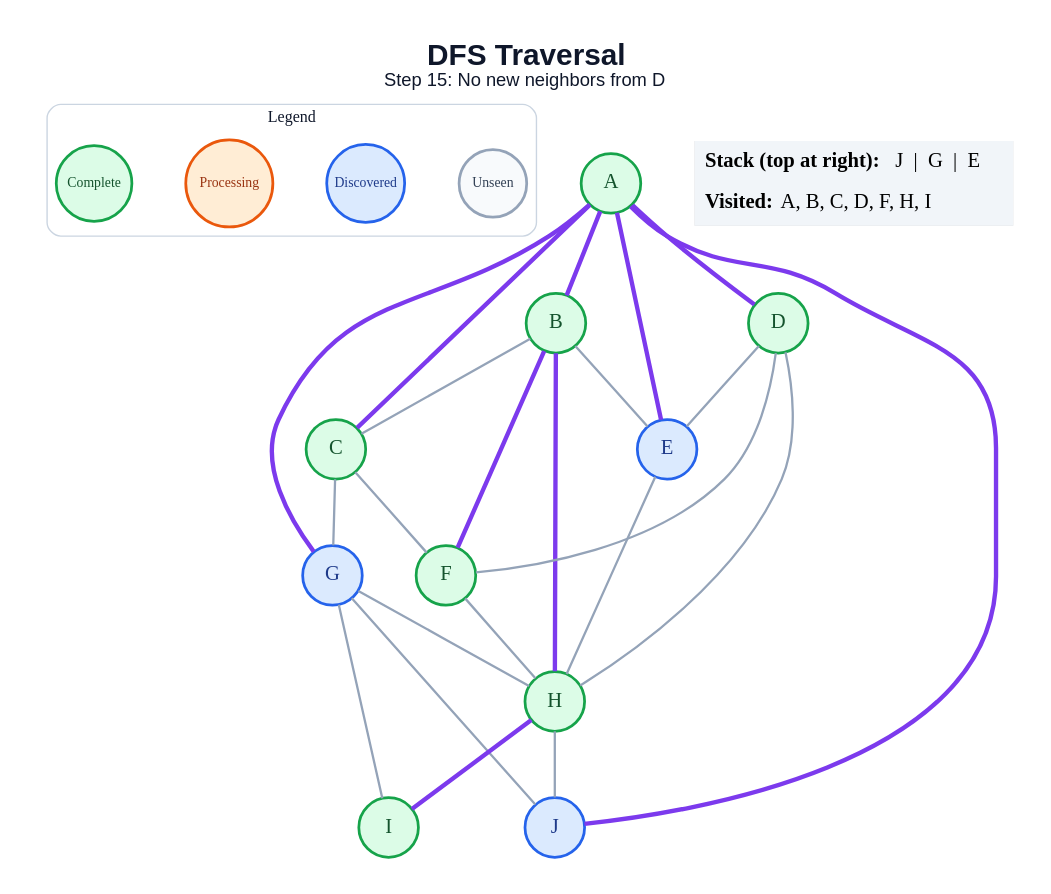
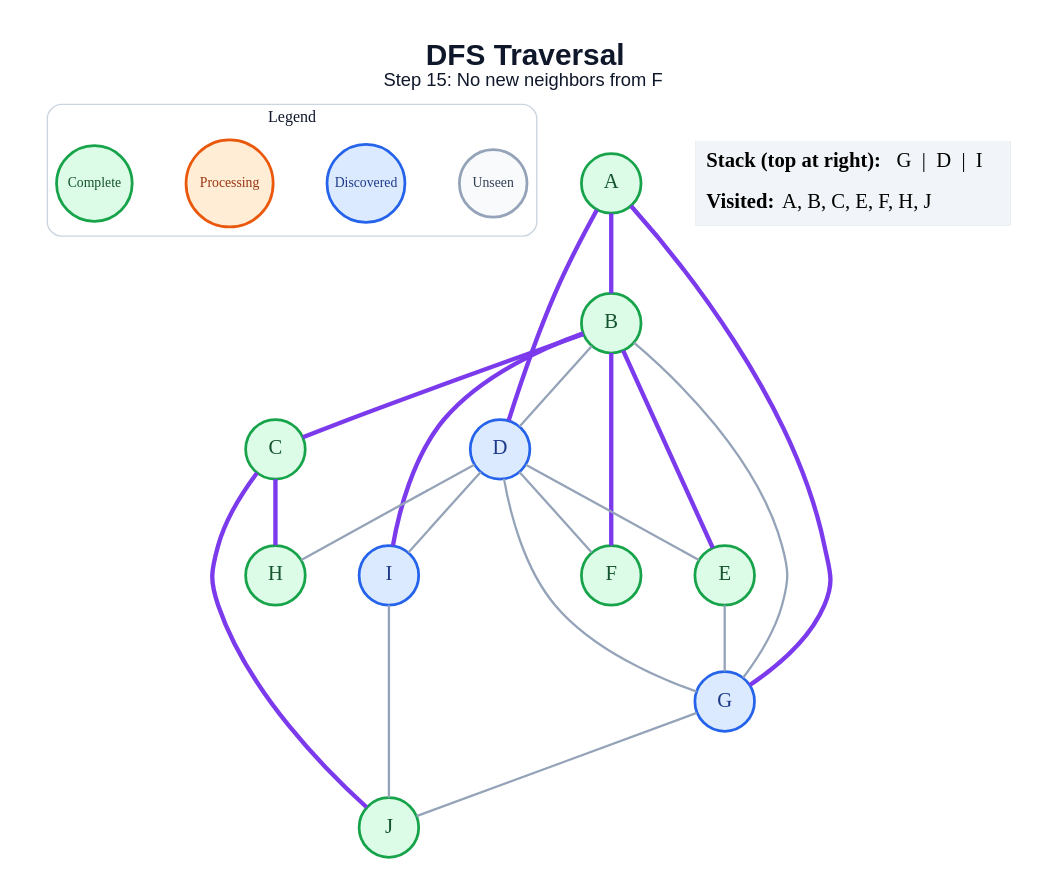
The diagram in generated/dfs/step_15.dot (anon7238593-create/ai-slop), drawn with Graphviz before and after one commit. The commit also changed 178 other files, not shown here.

```diff
--- a/generated/dfs/step_15.dot
+++ b/generated/dfs/step_15.dot
@@ -1,51 +1,48 @@
 graph traversal {
   graph [layout=dot, rankdir=TB, bgcolor="#FFFFFF", pad="0.35", nodesep="0.65", ranksep="0.8", fontname="Arial"];
   node [shape=circle, style="filled", fontname="Arial Bold", fontsize=18, width=0.72, fixedsize=true, penwidth=2.4];
   edge [color="#94A3B8", penwidth=2.0];
-  label=<<B>DFS Traversal</B><BR/><FONT POINT-SIZE="16">Step 15: No new neighbors from D</FONT>>; labelloc="t"; fontsize=26; fontname="Arial"; fontcolor="#0F172A";
+  label=<<B>DFS Traversal</B><BR/><FONT POINT-SIZE="16">Step 15: No new neighbors from F</FONT>>; labelloc="t"; fontsize=26; fontname="Arial"; fontcolor="#0F172A";
   subgraph cluster_legend { label="Legend"; color="#CBD5E1"; penwidth=1.2; style="rounded"; fontsize=14; fontname="Arial Bold";
     key_unseen [label="Unseen", fillcolor="#F8FAFC", color="#94A3B8", fontcolor="#334155", fontsize=12, width=0.82];
     key_frontier [label="Discovered", fillcolor="#DBEAFE", color="#2563EB", fontcolor="#1E3A8A", fontsize=12, width=0.95];
     key_current [label="Processing", fillcolor="#FFEDD5", color="#EA580C", fontcolor="#9A3412", fontsize=12, width=1.05];
     key_done [label="Complete", fillcolor="#DCFCE7", color="#16A34A", fontcolor="#14532D", fontsize=12, width=0.92];
     { rank=same; key_unseen; key_frontier; key_current; key_done; }
   }
   A [fillcolor="#DCFCE7", color="#16A34A", fontcolor="#14532D"];
   B [fillcolor="#DCFCE7", color="#16A34A", fontcolor="#14532D"];
   C [fillcolor="#DCFCE7", color="#16A34A", fontcolor="#14532D"];
-  D [fillcolor="#DCFCE7", color="#16A34A", fontcolor="#14532D"];
-  E [fillcolor="#DBEAFE", color="#2563EB", fontcolor="#1E3A8A"];
+  D [fillcolor="#DBEAFE", color="#2563EB", fontcolor="#1E3A8A"];
+  E [fillcolor="#DCFCE7", color="#16A34A", fontcolor="#14532D"];
   F [fillcolor="#DCFCE7", color="#16A34A", fontcolor="#14532D"];
   G [fillcolor="#DBEAFE", color="#2563EB", fontcolor="#1E3A8A"];
   H [fillcolor="#DCFCE7", color="#16A34A", fontcolor="#14532D"];
-  I [fillcolor="#DCFCE7", color="#16A34A", fontcolor="#14532D"];
-  J [fillcolor="#DBEAFE", color="#2563EB", fontcolor="#1E3A8A"];
+  I [fillcolor="#DBEAFE", color="#2563EB", fontcolor="#1E3A8A"];
+  J [fillcolor="#DCFCE7", color="#16A34A", fontcolor="#14532D"];
   A -- B [color="#7C3AED", penwidth=3.8];
-  A -- C [color="#7C3AED", penwidth=3.8];
   A -- D [color="#7C3AED", penwidth=3.8];
-  A -- E [color="#7C3AED", penwidth=3.8];
   A -- G [color="#7C3AED", penwidth=3.8];
-  A -- J [color="#7C3AED", penwidth=3.8];
-  B -- C;
-  B -- E;
+  B -- C [color="#7C3AED", penwidth=3.8];
+  B -- D;
+  B -- E [color="#7C3AED", penwidth=3.8];
   B -- F [color="#7C3AED", penwidth=3.8];
-  B -- H [color="#7C3AED", penwidth=3.8];
-  C -- F;
-  C -- G;
+  B -- G;
+  B -- I [color="#7C3AED", penwidth=3.8];
+  C -- H [color="#7C3AED", penwidth=3.8];
+  C -- J [color="#7C3AED", penwidth=3.8];
   D -- E;
   D -- F;
+  D -- G;
   D -- H;
-  E -- H;
-  F -- H;
-  G -- H;
-  G -- I;
+  D -- I;
+  E -- G;
   G -- J;
-  H -- I [color="#7C3AED", penwidth=3.8];
-  H -- J;
+  I -- J;
   status [shape=plain, fixedsize=false, width=0, height=0, margin=0, label=<
     <TABLE BORDER="0" CELLBORDER="0" CELLPADDING="7" BGCOLOR="#F1F5F9">
-      <TR><TD ALIGN="LEFT"><B>Stack (top at right):</B> J  |  G  |  E</TD></TR>
-      <TR><TD ALIGN="LEFT"><B>Visited:</B> A, B, C, D, F, H, I</TD></TR>
+      <TR><TD ALIGN="LEFT"><B>Stack (top at right):</B> G  |  D  |  I</TD></TR>
+      <TR><TD ALIGN="LEFT"><B>Visited:</B> A, B, C, E, F, H, J</TD></TR>
     </TABLE>
   >];
 }
```
